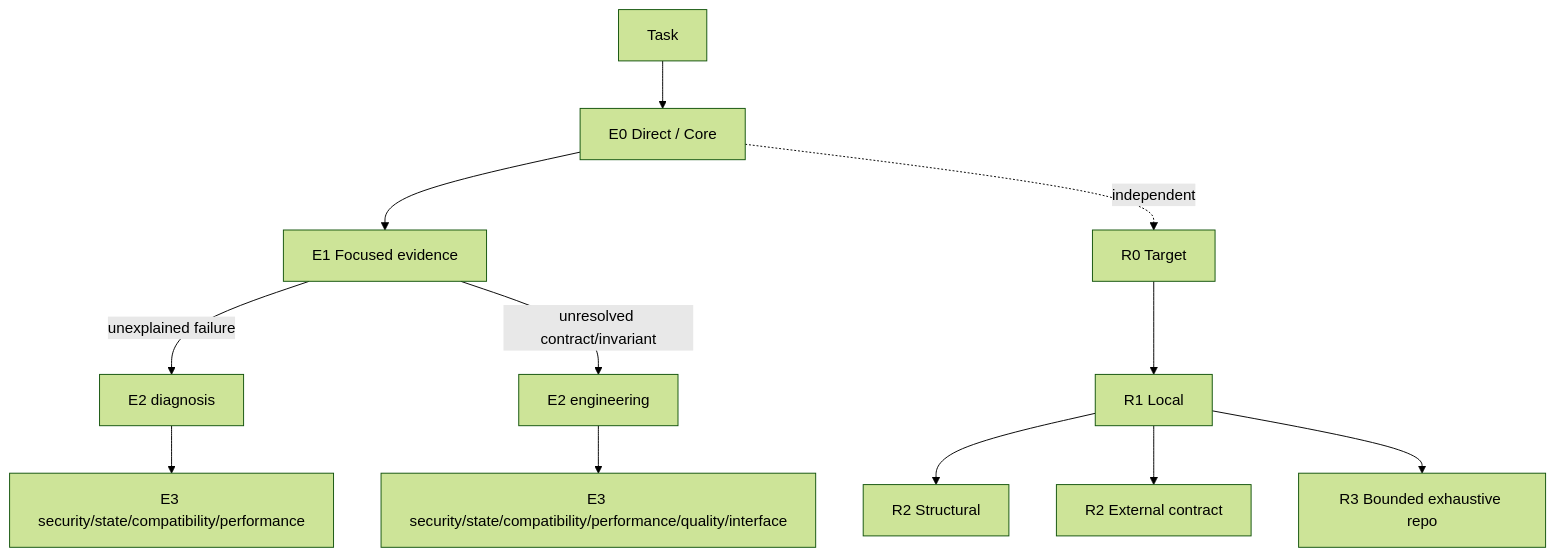
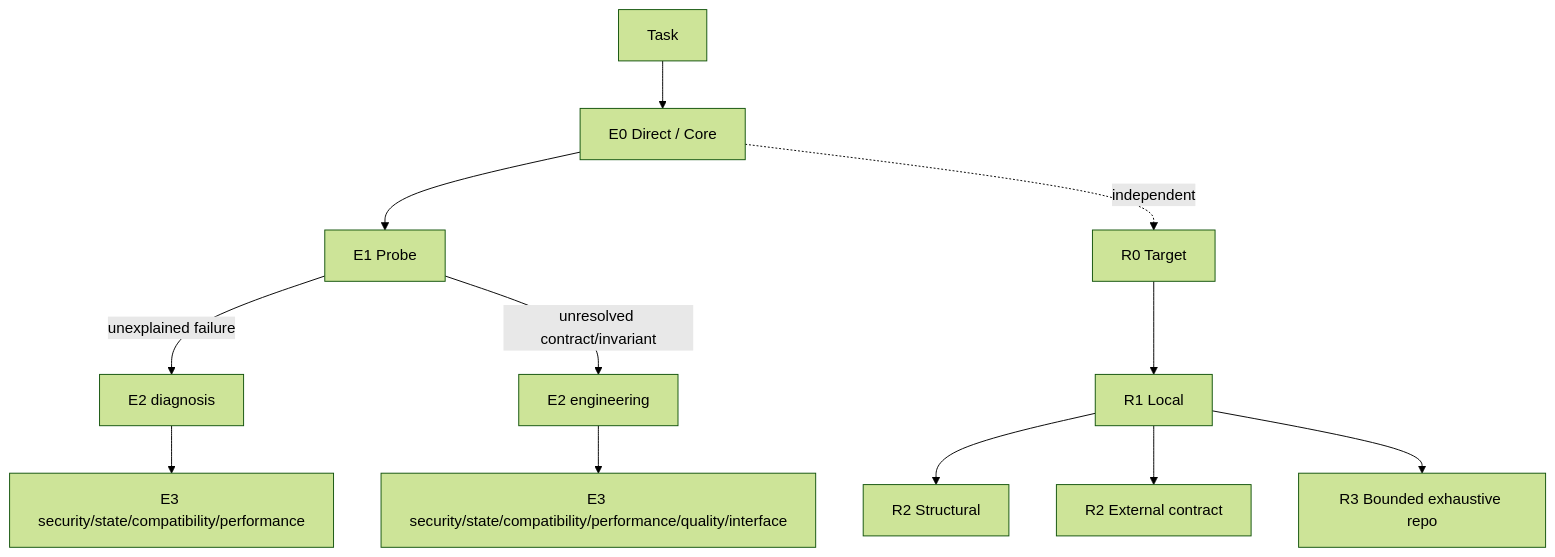
Before and after one commit to Hubujiu/practical-coding: the diagram in README.md, drawn with Mermaid (forest theme). The commit also changed other lines of this file and 2 other files, not shown here.

````diff
--- a/README.md
+++ b/README.md
@@ -13,15 +13,15 @@
 ```mermaid
 flowchart TB
   T[Task] --> E0[E0 Direct / Core]
-  E0 --> E1[E1 Focused evidence]
+  E0 --> E1[E1 Probe]
   E1 -->|unexplained failure| DX[E2 diagnosis]
   E1 -->|unresolved contract/invariant| EN[E2 engineering]
   DX --> S1[E3 security/state/compatibility/performance]
   EN --> S2[E3 security/state/compatibility/performance/quality/interface]
 
   E0 -. independent .-> R0[R0 Target]
   R0 --> R1[R1 Local]
   R1 --> RS[R2 Structural]
   R1 --> RE[R2 External contract]
   R1 --> R3[R3 Bounded exhaustive repo]
 ```
````
